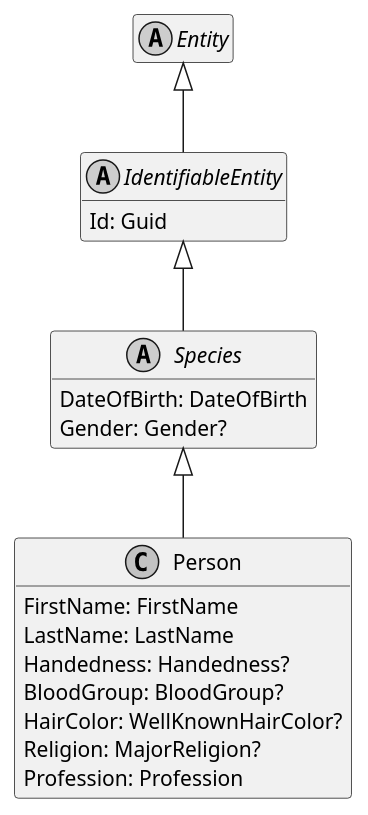
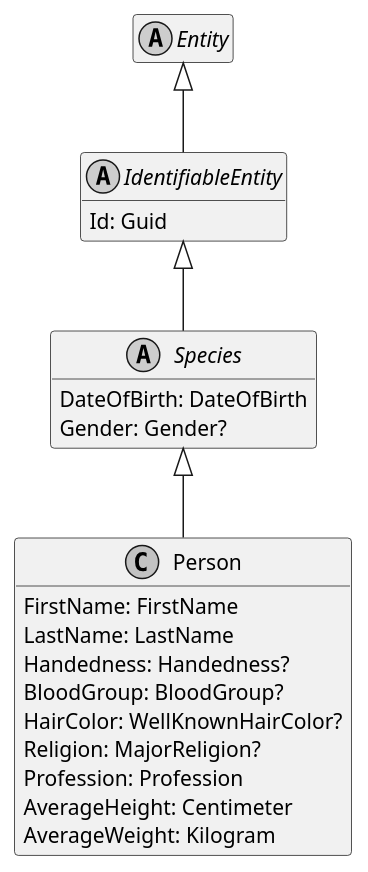
One commit to ObiWanLansi/DoofesZeug changed the diagram in Documentation/Generated/Entities/DoofesZeug.Entities.Specieses.Human/Person.puml. Above: the diagram before and after it, drawn with PlantUML. The commit also changed 106 other files, not shown here.

Commit message:
AverageHeight And AverageWeight For Person

```diff
--- a/Documentation/Generated/Entities/DoofesZeug.Entities.Specieses.Human/Person.puml
+++ b/Documentation/Generated/Entities/DoofesZeug.Entities.Specieses.Human/Person.puml
@@ -1,33 +1,35 @@
 @startuml
 skinparam monochrome true
 hide empty members
 
 abstract class Entity {
 }
 
 Entity <|-- IdentifiableEntity
 
 abstract class IdentifiableEntity {
     Id: Guid
 }
 
 IdentifiableEntity <|-- Species
 
 abstract class Species {
     DateOfBirth: DateOfBirth
     Gender: Gender?
 }
 
 Species <|-- Person
 
 class Person {
     FirstName: FirstName
     LastName: LastName
     Handedness: Handedness?
     BloodGroup: BloodGroup?
     HairColor: WellKnownHairColor?
     Religion: MajorReligion?
     Profession: Profession
+    AverageHeight: Centimeter
+    AverageWeight: Kilogram
 }
 
 @enduml
```
